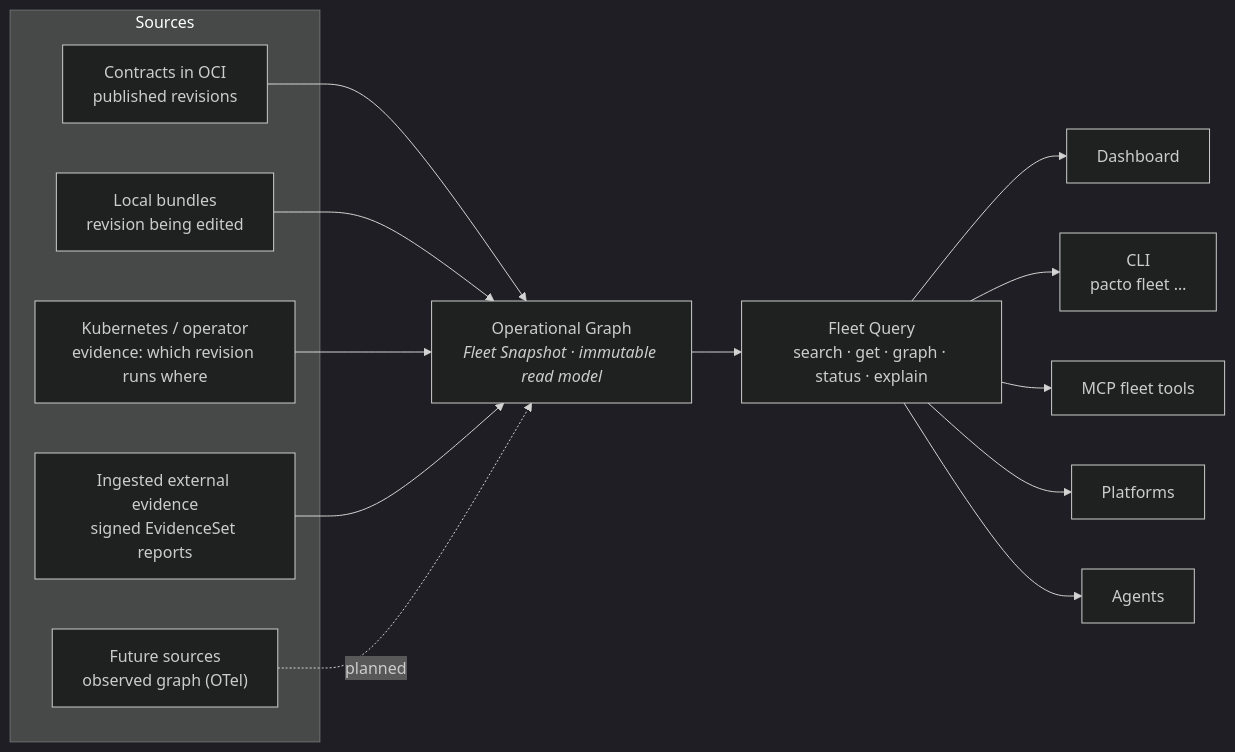
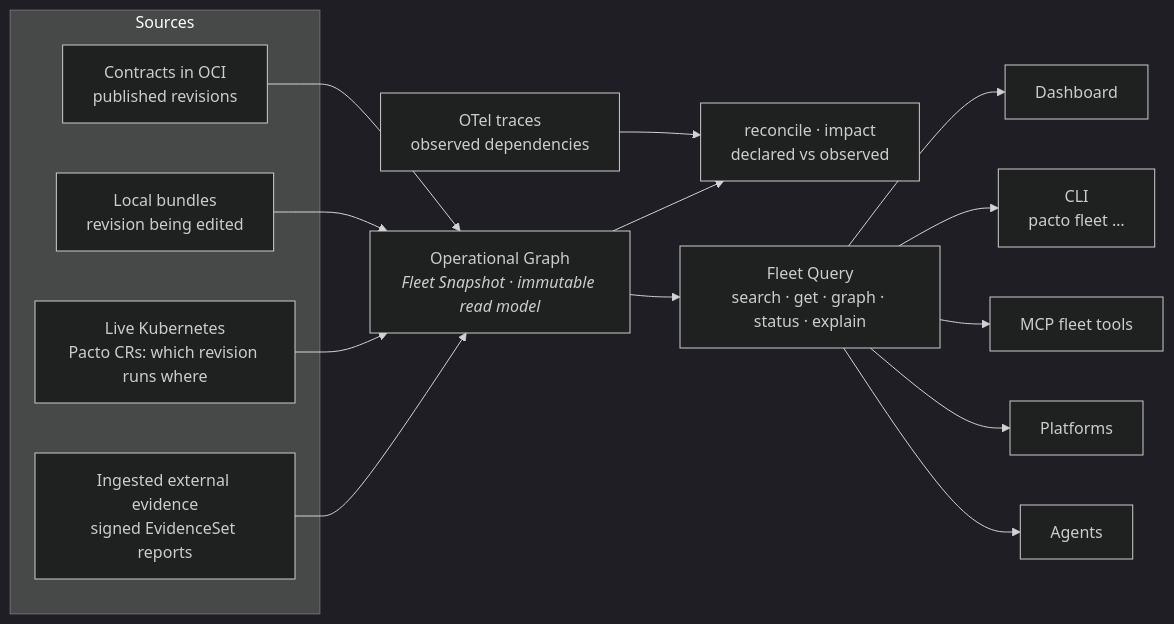
The first of 2 diagrams in docs/operational-graph.md (TrianaLab/pacto), drawn with Mermaid (dark theme) before and after one commit. The commit also changed other lines of this file and 5 other files, not shown here.

First line of the commit message:
docs: retrofit the operational-graph docs for the shipped capabilities

````diff
--- a/docs/operational-graph.md
+++ b/docs/operational-graph.md
@@ -153,22 +161,23 @@
 ```mermaid
 flowchart LR
     subgraph Sources["Sources"]
         OCI["Contracts in OCI<br/>published revisions"]
         LOCAL["Local bundles<br/>revision being edited"]
-        K8S["Kubernetes / operator<br/>evidence: which revision runs where"]
+        K8S["Live Kubernetes<br/>Pacto CRs: which revision runs where"]
         EVI["Ingested external evidence<br/>signed EvidenceSet reports"]
-        FUT["Future sources<br/>observed graph (OTel)"]
     end
+    OTEL["OTel traces<br/>observed dependencies"]
     OCI --> OG
     LOCAL --> OG
     K8S --> OG
     EVI --> OG
-    FUT -. planned .-> OG
     OG["Operational Graph<br/><i>Fleet Snapshot · immutable read model</i>"]
+    OTEL --> RECON["reconcile · impact<br/>declared vs observed"]
+    OG --> RECON
     OG --> Q["Fleet Query<br/>search · get · graph · status · explain"]
     Q --> DASH["Dashboard"]
     Q --> CLI["CLI<br/>pacto fleet …"]
     Q --> MCP["MCP fleet tools"]
     Q --> PLAT["Platforms"]
     Q --> AGENT["Agents"]
 ```
````
